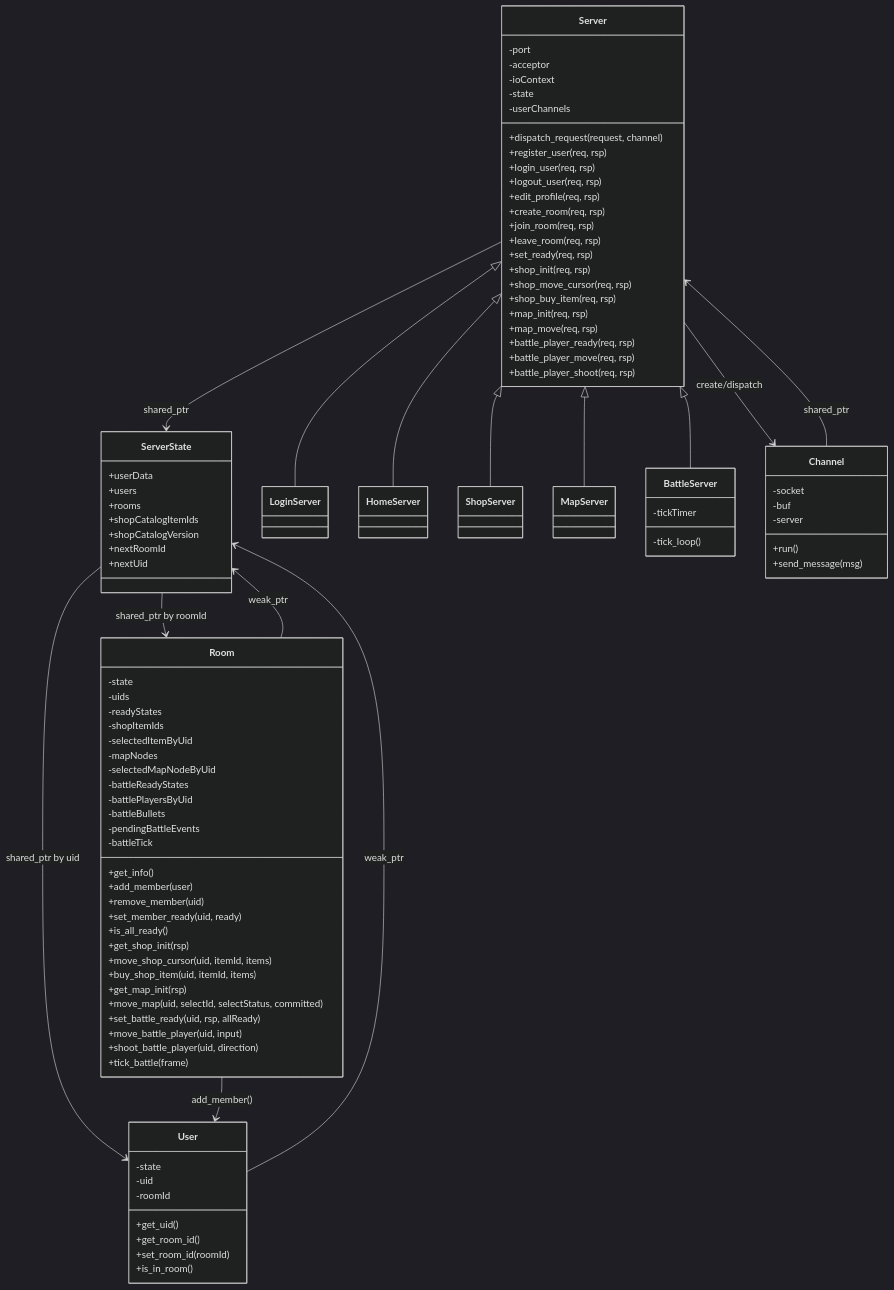
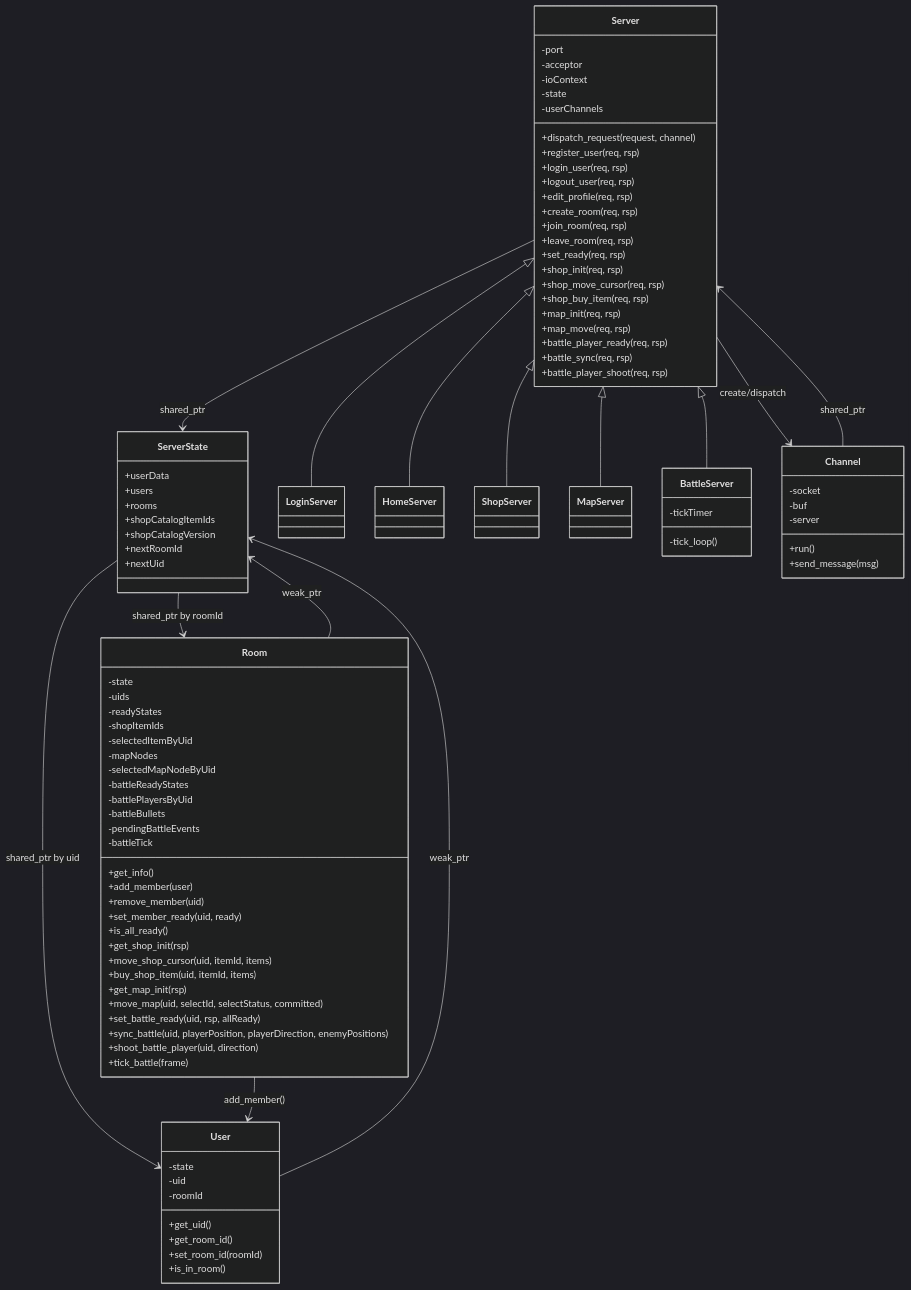
Before and after one commit to zaragoza-xu/server: the diagram in docs/ARCHITECTURE.md, drawn with Mermaid (dark theme). The commit also changed other lines of this file and 8 other files, not shown here.

Commit message:
add enemy and player pos sync

```diff
--- a/docs/ARCHITECTURE.md
+++ b/docs/ARCHITECTURE.md
@@ -62,7 +62,7 @@
         +map_init(req, rsp)
         +map_move(req, rsp)
         +battle_player_ready(req, rsp)
-        +battle_player_move(req, rsp)
+        +battle_sync(req, rsp)
         +battle_player_shoot(req, rsp)
     }
 
@@ -107,7 +107,7 @@
         +get_map_init(rsp)
         +move_map(uid, selectId, selectStatus, committed)
         +set_battle_ready(uid, rsp, allReady)
-        +move_battle_player(uid, input)
+        +sync_battle(uid, playerPosition, playerDirection, enemyPositions)
         +shoot_battle_player(uid, direction)
         +tick_battle(frame)
     }
```
